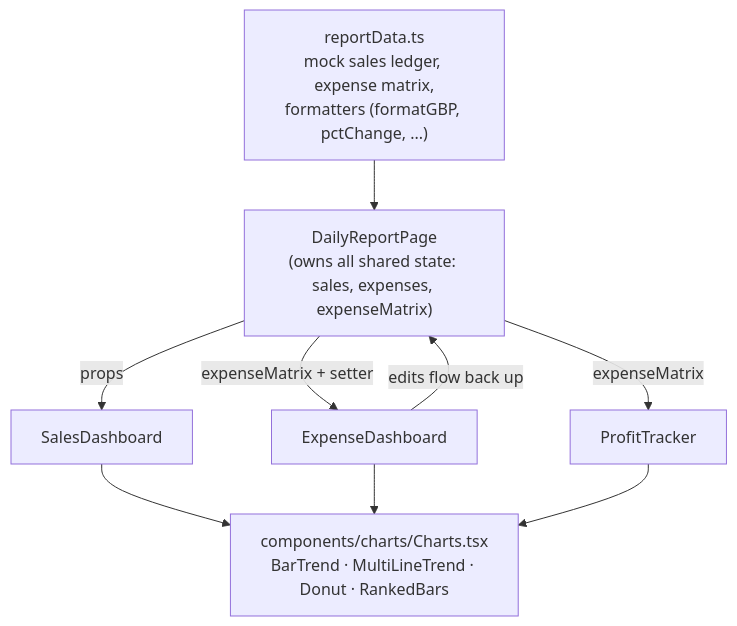
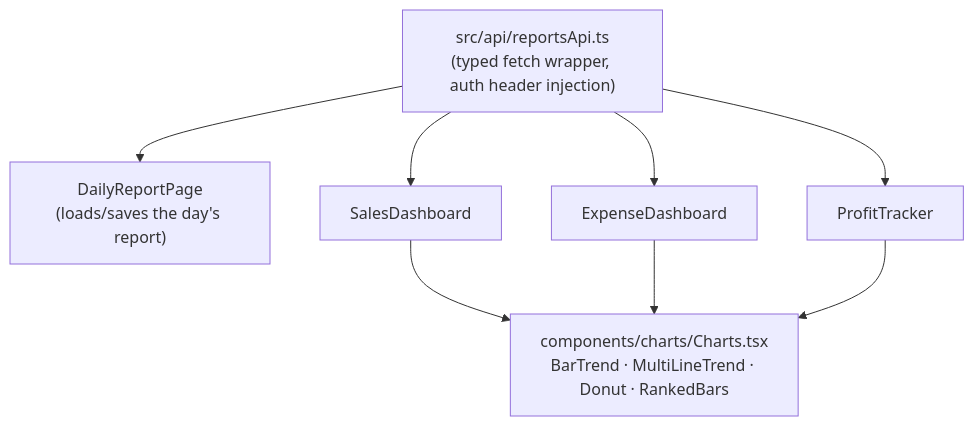
The second of 2 diagrams in README.md (kungumabalaji/MAARA-AI-Business-Manager), drawn with Mermaid before and after one commit. The commit also changed other lines of this file, not shown here.

````diff
--- a/README.md
+++ b/README.md
@@ -57,18 +62,17 @@
 ```mermaid
 flowchart TD
-    RD["reportData.ts\nmock sales ledger, expense matrix,\nformatters (formatGBP, pctChange, ...)"]
-    DRP["DailyReportPage\n(owns all shared state: sales, expenses, expenseMatrix)"]
+    API["src/api/reportsApi.ts\n(typed fetch wrapper, auth header injection)"]
+    DRP["DailyReportPage\n(loads/saves the day's report)"]
     SD[SalesDashboard]
     ED[ExpenseDashboard]
     PT[ProfitTracker]
     Charts["components/charts/Charts.tsx\nBarTrend · MultiLineTrend · Donut · RankedBars"]
 
-    RD --> DRP
-    DRP -->|props| SD
-    DRP -->|expenseMatrix + setter| ED
-    DRP -->|expenseMatrix| PT
-    ED -->|edits flow back up| DRP
+    API --> DRP
+    API --> SD
+    API --> ED
+    API --> PT
     SD --> Charts
     ED --> Charts
     PT --> Charts
 ```
````
